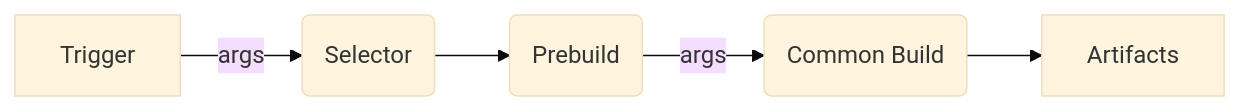
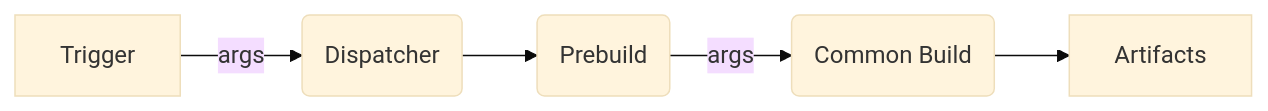
The diagram in docs/overview.md (aziontech/bundler), drawn with Mermaid (base theme) before and after one commit. The commit also changed other lines of this file, not shown here.

````diff
--- a/docs/overview.md
+++ b/docs/overview.md
@@ -4,8 +4,8 @@
 ```mermaid
 flowchart LR
 
-A[Trigger] -->|args| B(Selector)
+A[Trigger] -->|args| B(Dispatcher)
 B --> C(Prebuild)
 C -->|args| D(Common Build)
 D --> E[Artifacts]
 ```
````
